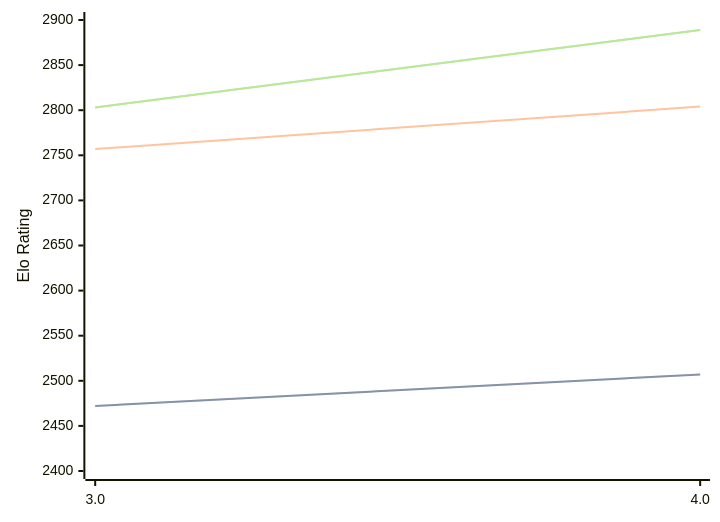
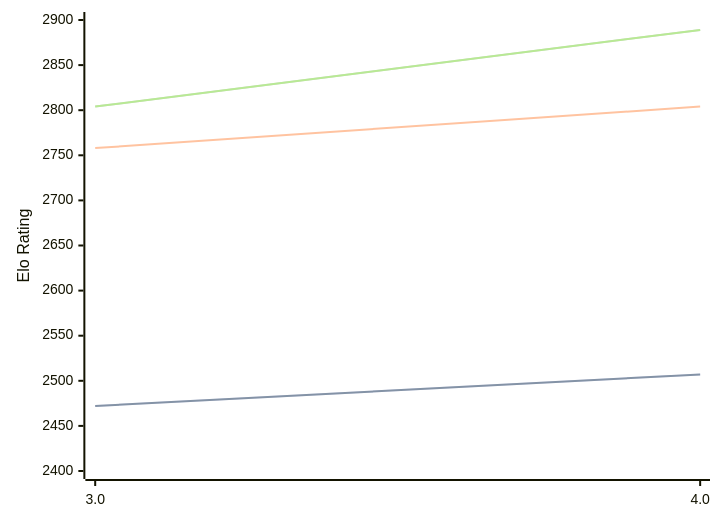
Before and after one commit to computer-chess-index/cci: the diagram in engines/Chess3.md, drawn with Mermaid. The commit also changed other lines of this file, not shown here.

Commit message:
Update CCI Ratings (ELO VLTC) - 2026-09-16

````diff
--- a/engines/Chess3.md
+++ b/engines/Chess3.md
@@ -32,11 +32,11 @@
 ```mermaid
 %%{init: {"theme":"base","themeVariables":{"seriesColors:['#a3a3a3','#222221','#faa371']}}}%%
 xychart-beta
   x-axis ["3.0", "4.0"]
   y-axis "Elo Rating" 2400 --> 2900
   line "" [2472, 2507]
   line "STC (8.0+0.08s)" [2472, 2507]
-  line "LTC (60.0+0.60s)" [2757, 2804]
-  line "" [2803, 2889]
-  line "VLTC (2m24s+1.12s)" [2803, 2889]
+  line "LTC (60.0+0.60s)" [2758, 2804]
+  line "" [2804, 2889]
+  line "VLTC (2m24s+1.12s)" [2804, 2889]
 ```
````
